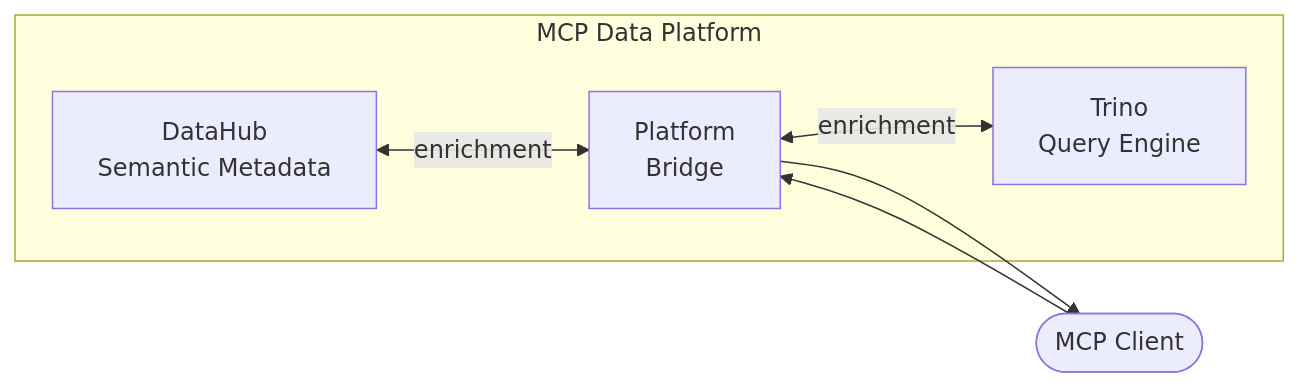
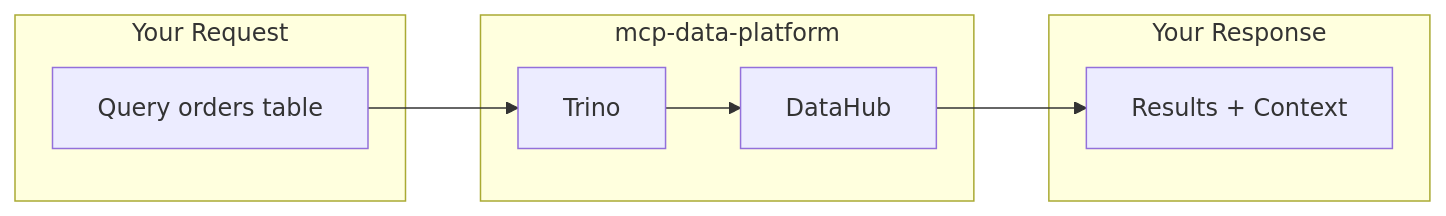
Before and after one commit to txn2/mcp-data-platform: the diagram in docs/index.md, drawn with Mermaid. The commit also changed other lines of this file and 36 other files, not shown here.

````diff
--- a/docs/index.md
+++ b/docs/index.md
@@ -45,14 +107,19 @@
 ```mermaid
 graph LR
-    subgraph "MCP Data Platform"
-        DataHub[DataHub<br/>Semantic Metadata]
-        Platform[Platform<br/>Bridge]
-        Trino[Trino<br/>Query Engine]
-
-        DataHub <-->|"enrichment"| Platform
-        Platform <-->|"enrichment"| Trino
+    subgraph "Your Request"
+        Q[Query orders table]
     end
 
-    Client([MCP Client]) --> Platform
-    Platform --> Client
+    subgraph "mcp-data-platform"
+        T[Trino]
+        D[DataHub]
+    end
+
+    subgraph "Your Response"
+        R[Results + Context]
+    end
+
+    Q --> T
+    T --> D
+    D --> R
 ```
````
